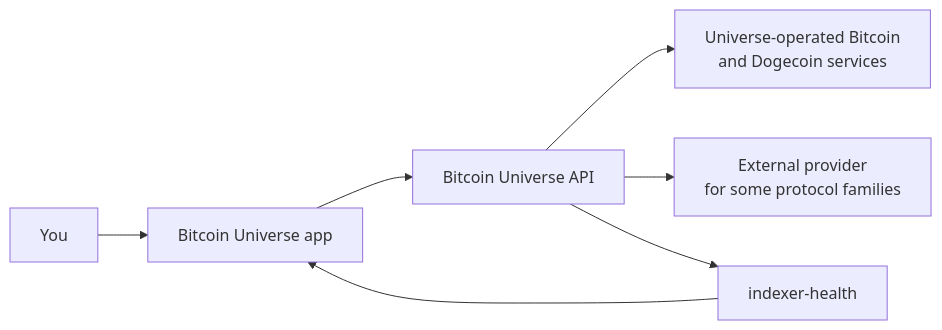
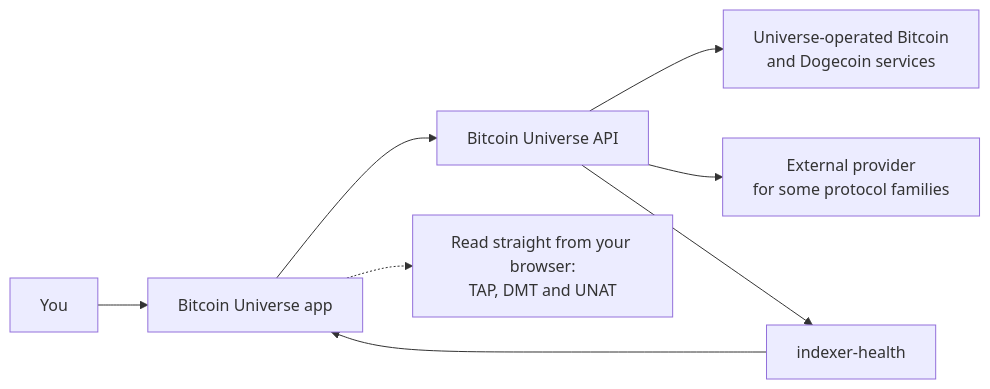
One commit to bitcoinuniverseio/docs-core changed the first of 2 diagrams in README.md. Above: the diagram before and after it, drawn with Mermaid. The commit also changed other lines of this file, not shown here.

First line of the commit message:
docs: put the browser's own external read on the provenance diagram

````diff
--- a/README.md
+++ b/README.md
@@ -160,9 +160,10 @@
 ```mermaid
 flowchart LR
   R["You"] --> A["Bitcoin Universe app"]
   A --> P["Bitcoin Universe API"]
   P --> N["Universe-operated Bitcoin<br/>and Dogecoin services"]
   P --> X["External provider<br/>for some protocol families"]
   P --> H["indexer-health"]
   H --> A
+  A -.-> D["Read straight from your browser:<br/>TAP, DMT and UNAT"]
 ```
````
